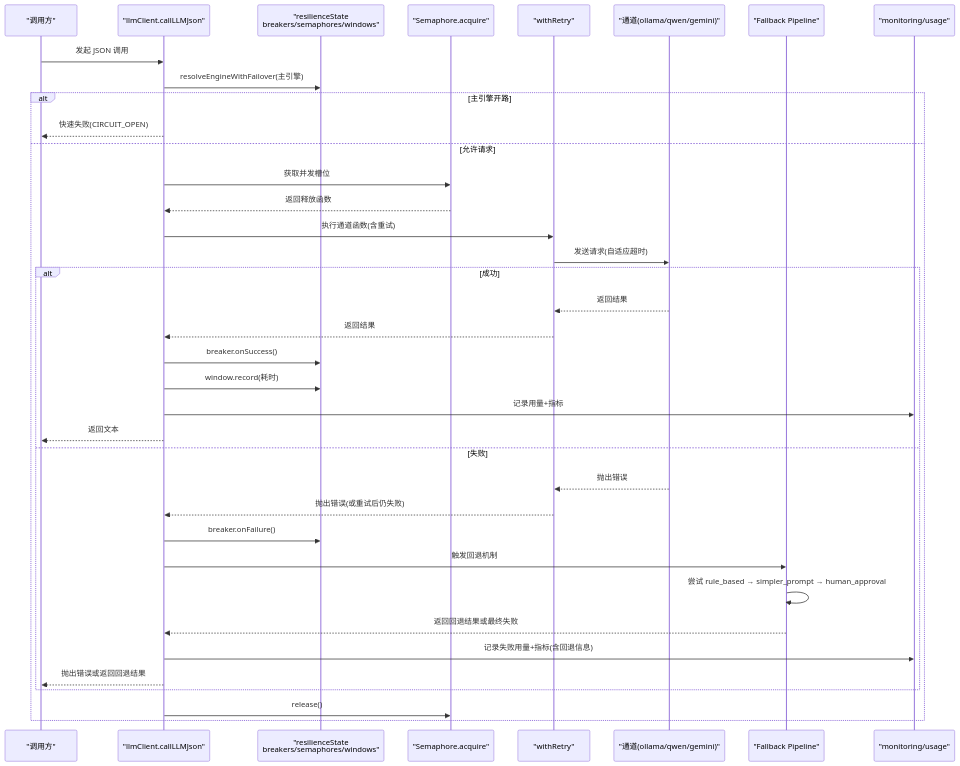
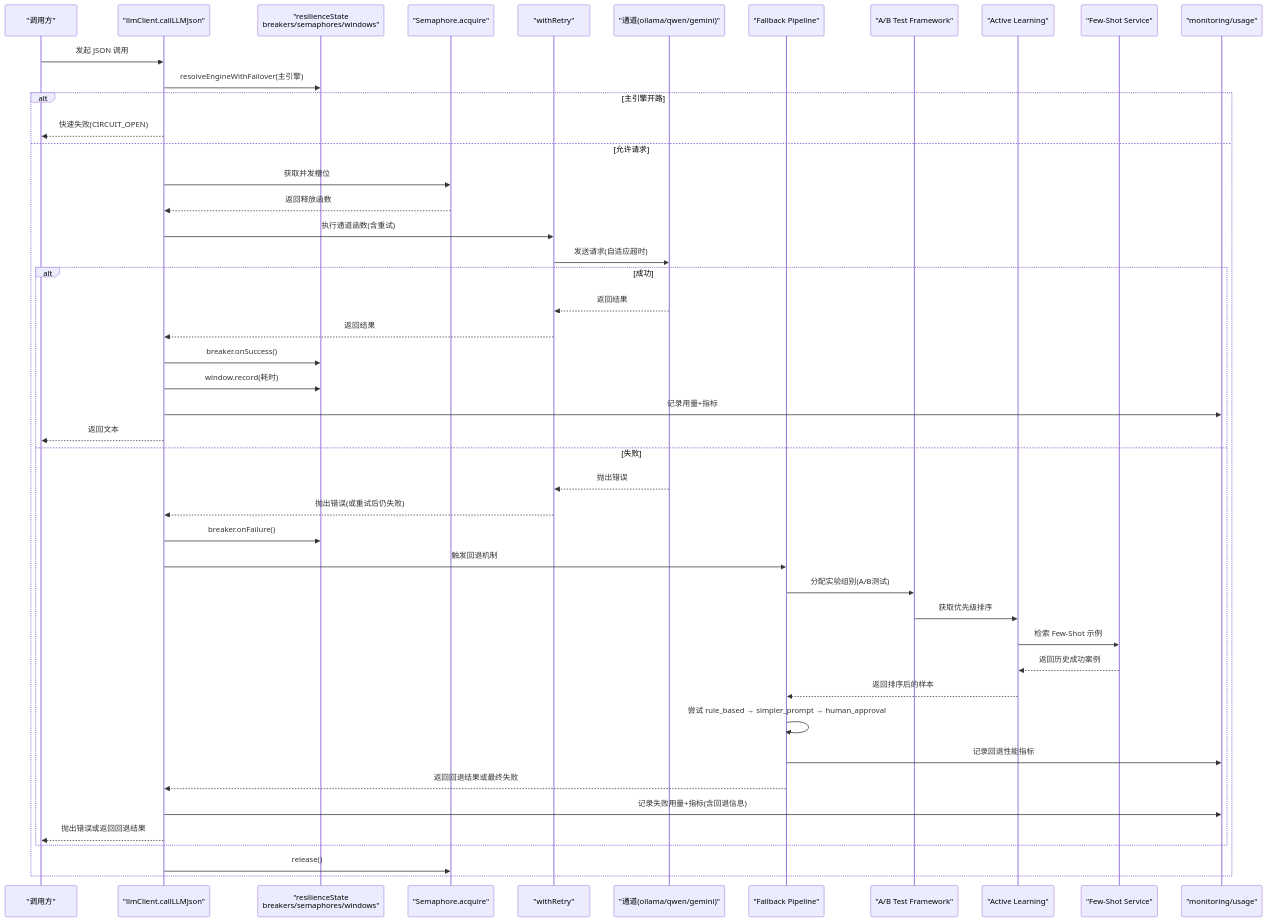
The second of 16 diagrams in .qoder/repowiki/zh/content/AI与LLM集成/容错与故障转移.md (dgjin/smart-data-analytics), drawn with Mermaid before and after one commit. The commit also changed other lines of this file and 66 other files, not shown here.

````diff
--- a/.qoder/repowiki/zh/content/AI与LLM集成/容错与故障转移.md
+++ b/.qoder/repowiki/zh/content/AI与LLM集成/容错与故障转移.md
@@ -138,39 +164,48 @@
 ```mermaid
 sequenceDiagram
 participant U as "调用方"
 participant C as "llmClient.callLLMJson"
 participant R as "resilienceState<br/>breakers/semaphores/windows"
 participant S as "Semaphore.acquire"
 participant RT as "withRetry"
 participant CH as "通道(ollama/qwen/gemini)"
 participant FB as "Fallback Pipeline"
+participant AB as "A/B Test Framework"
+participant AL as "Active Learning"
+participant FS as "Few-Shot Service"
 participant M as "monitoring/usage"
 U->>C : 发起 JSON 调用
 C->>R : resolveEngineWithFailover(主引擎)
 alt 主引擎开路
 C-->>U : 快速失败(CIRCUIT_OPEN)
 else 允许请求
 C->>S : 获取并发槽位
 S-->>C : 返回释放函数
 C->>RT : 执行通道函数(含重试)
 RT->>CH : 发送请求(自适应超时)
 alt 成功
 CH-->>RT : 返回结果
 RT-->>C : 返回结果
 C->>R : breaker.onSuccess()
 C->>R : window.record(耗时)
 C->>M : 记录用量+指标
 C-->>U : 返回文本
 else 失败
 CH-->>RT : 抛出错误
 RT-->>C : 抛出错误(或重试后仍失败)
 C->>R : breaker.onFailure()
 C->>FB : 触发回退机制
+FB->>AB : 分配实验组别(A/B测试)
+AB->>AL : 获取优先级排序
+AL->>FS : 检索 Few-Shot 示例
+FS-->>AL : 返回历史成功案例
+AL-->>FB : 返回排序后的样本
 FB->>FB : 尝试 rule_based → simpler_prompt → human_approval
+FB->>M : 记录回退性能指标
 FB-->>C : 返回回退结果或最终失败
 C->>M : 记录失败用量+指标(含回退信息)
 C-->>U : 抛出错误或返回回退结果
 end
 C->>S : release()
 end
 ```
````
